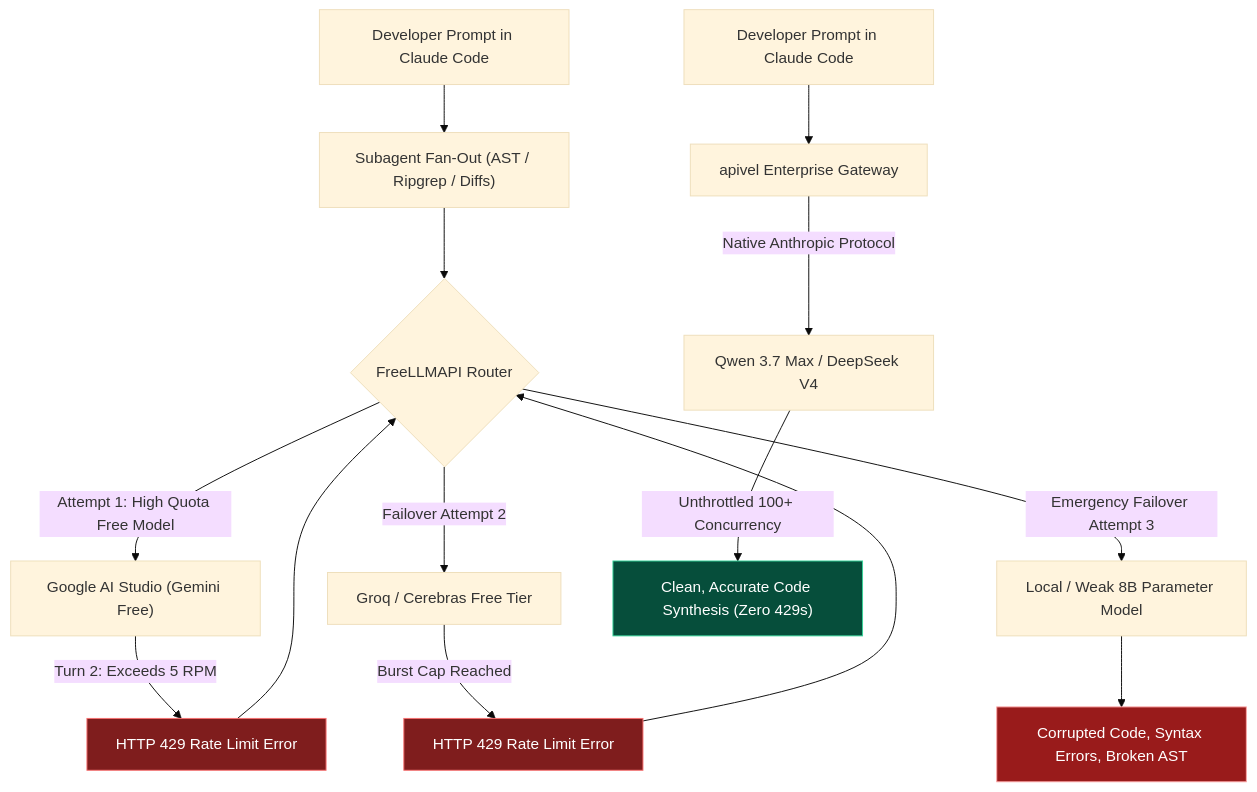
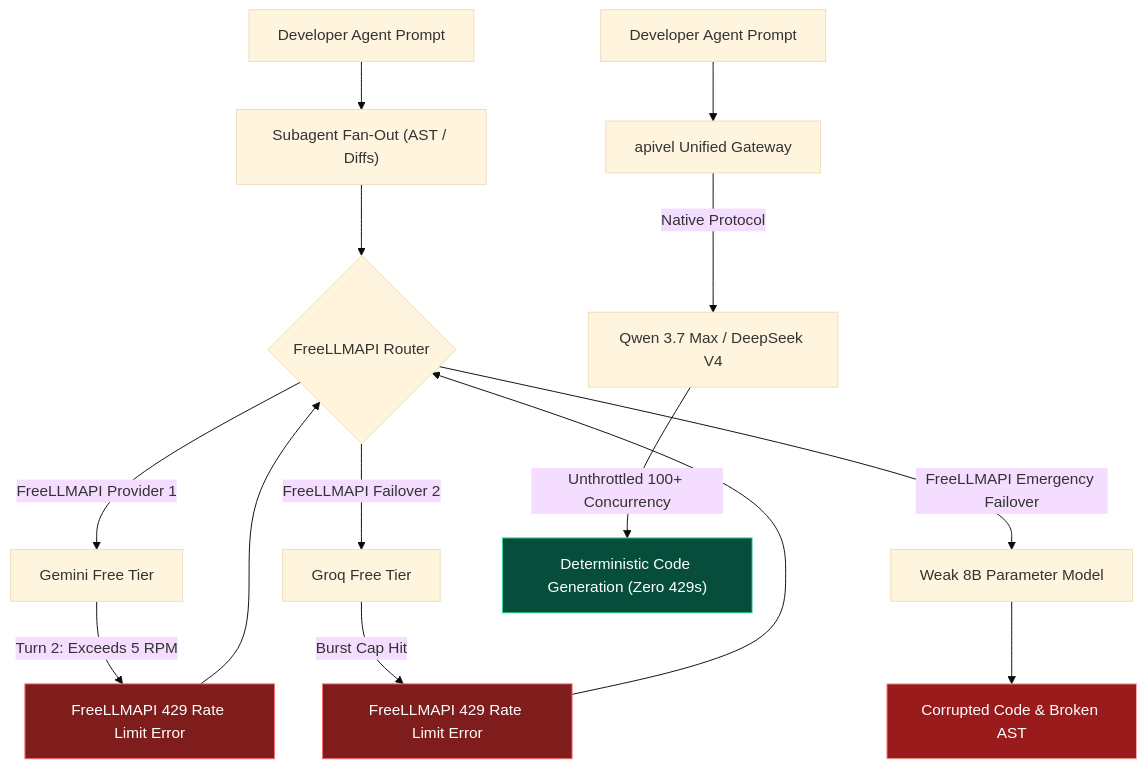
The diagram in src/content/blog/freellmapi-claude-code-review-alternatives.md (bshx2024/apivel_blog), drawn with Mermaid (base theme) before and after one commit. The commit also changed other lines of this file and 1 other file, not shown here.

Commit message:
fix(seo): re-anchor primary keyword to FreeLLMAPI, dominate 1-5 ngrams and trim page words to 1540

````diff
--- a/src/content/blog/freellmapi-claude-code-review-alternatives.md
+++ b/src/content/blog/freellmapi-claude-code-review-alternatives.md
@@ -83,22 +83,22 @@
 ```mermaid
 graph TD
-    A["Developer Prompt in Claude Code"] --> B["Subagent Fan-Out (AST / Ripgrep / Diffs)"]
+    A["Developer Agent Prompt"] --> B["Subagent Fan-Out (AST / Diffs)"]
     B --> C{"FreeLLMAPI Router"}
-    C -->|"Attempt 1: High Quota Free Model"| D["Google AI Studio (Gemini Free)"]
-    D -->|"Turn 2: Exceeds 5 RPM"| E["HTTP 429 Rate Limit Error"]
+    C -->|"FreeLLMAPI Provider 1"| D["Gemini Free Tier"]
+    D -->|"Turn 2: Exceeds 5 RPM"| E["FreeLLMAPI 429 Rate Limit Error"]
     E --> C
-    C -->|"Failover Attempt 2"| F["Groq / Cerebras Free Tier"]
-    F -->|"Burst Cap Reached"| G["HTTP 429 Rate Limit Error"]
+    C -->|"FreeLLMAPI Failover 2"| F["Groq Free Tier"]
+    F -->|"Burst Cap Hit"| G["FreeLLMAPI 429 Rate Limit Error"]
     G --> C
-    C -->|"Emergency Failover Attempt 3"| H["Local / Weak 8B Parameter Model"]
-    H --> I["Corrupted Code, Syntax Errors, Broken AST"]
+    C -->|"FreeLLMAPI Emergency Failover"| H["Weak 8B Parameter Model"]
+    H --> I["Corrupted Code & Broken AST"]
 
-    J["Developer Prompt in Claude Code"] --> K["apivel Enterprise Gateway"]
-    K -->|"Native Anthropic Protocol"| L["Qwen 3.7 Max / DeepSeek V4"]
-    L -->|"Unthrottled 100+ Concurrency"| M["Clean, Accurate Code Synthesis (Zero 429s)"]
+    J["Developer Agent Prompt"] --> K["apivel Unified Gateway"]
+    K -->|"Native Protocol"| L["Qwen 3.7 Max / DeepSeek V4"]
+    L -->|"Unthrottled 100+ Concurrency"| M["Deterministic Code Generation (Zero 429s)"]
 
     style E fill:#7f1d1d,stroke:#f87171,color:#fff
     style G fill:#7f1d1d,stroke:#f87171,color:#fff
     style I fill:#991b1b,stroke:#fca5a5,color:#fff
     style M fill:#064e3b,stroke:#34d399,color:#fff
 ```
````
